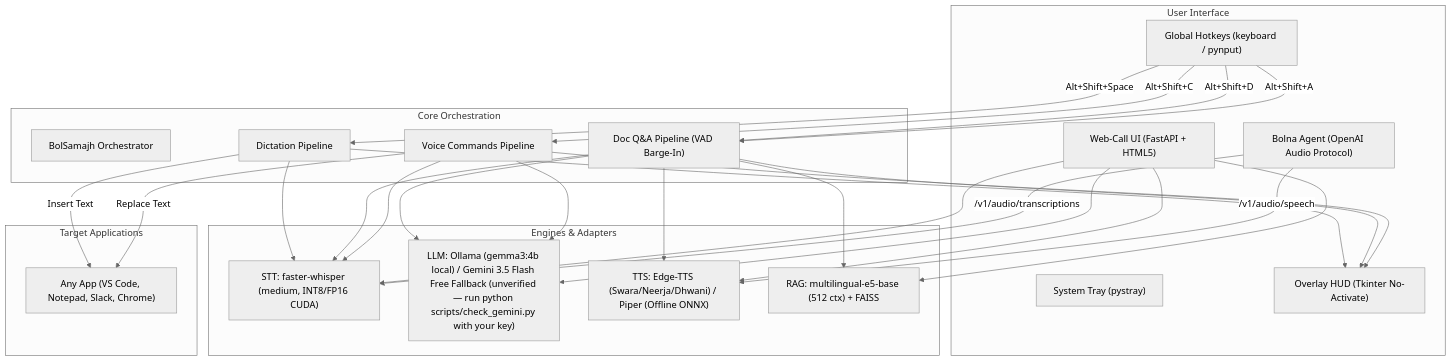
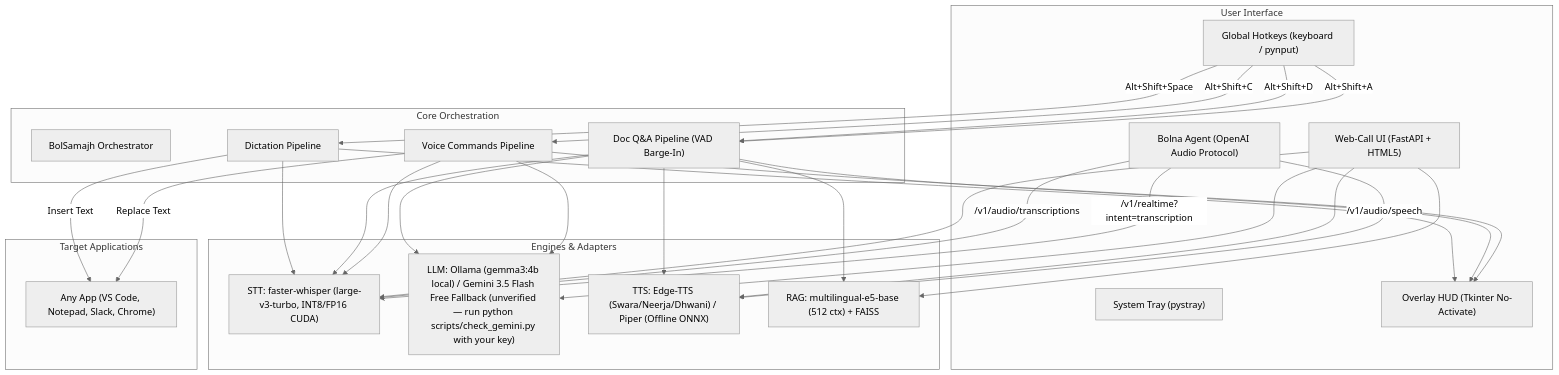
Before and after one commit to P1Manav/BolSamajh: the diagram in README.md, drawn with Mermaid (neutral theme). The commit also changed other lines of this file and 11 other files, not shown here.

````diff
--- a/README.md
+++ b/README.md
@@ -78,56 +78,57 @@
 ```mermaid
 graph TD
     subgraph User Interface
         Tray["System Tray (pystray)"]
         Hotkeys["Global Hotkeys (keyboard / pynput)"]
         HUD["Overlay HUD (Tkinter No-Activate)"]
         WebUI["Web-Call UI (FastAPI + HTML5)"]
         BolnaAgent["Bolna Agent (OpenAI Audio Protocol)"]
     end
 
     subgraph Core Orchestration
         Main["BolSamajh Orchestrator"]
         DictPipe["Dictation Pipeline"]
         DocPipe["Doc Q&A Pipeline (VAD Barge-In)"]
         CmdPipe["Voice Commands Pipeline"]
     end
 
     subgraph Engines & Adapters
-        STT["STT: faster-whisper (medium, INT8/FP16 CUDA)"]
+        STT["STT: faster-whisper (large-v3-turbo, INT8/FP16 CUDA)"]
         LLM["LLM: Ollama (gemma3:4b local) / Gemini 3.5 Flash Free Fallback (unverified — run python scripts/check_gemini.py with your key)"]
         TTS["TTS: Edge-TTS (Swara/Neerja/Dhwani) / Piper (Offline ONNX)"]
         RAG["RAG: multilingual-e5-base (512 ctx) + FAISS"]
     end
 
     subgraph Target Applications
         Apps["Any App (VS Code, Notepad, Slack, Chrome)"]
     end
 
     Hotkeys -->|Alt+Shift+Space| DictPipe
     Hotkeys -->|Alt+Shift+D| DocPipe
     Hotkeys -->|Alt+Shift+A| DocPipe
     Hotkeys -->|Alt+Shift+C| CmdPipe
 
     DictPipe --> STT
     DictPipe -->|Insert Text| Apps
     DictPipe --> HUD
 
     DocPipe --> STT
     DocPipe --> RAG
     DocPipe --> LLM
     DocPipe --> TTS
     DocPipe --> HUD
 
     CmdPipe --> STT
     CmdPipe --> LLM
     CmdPipe -->|Replace Text| Apps
     CmdPipe --> HUD
 
     WebUI --> STT
     WebUI --> RAG
     WebUI --> LLM
     WebUI --> TTS
 
     BolnaAgent -->|/v1/audio/transcriptions| STT
     BolnaAgent -->|/v1/audio/speech| TTS
+    BolnaAgent -->|/v1/realtime?intent=transcription| STT
 ```
````
